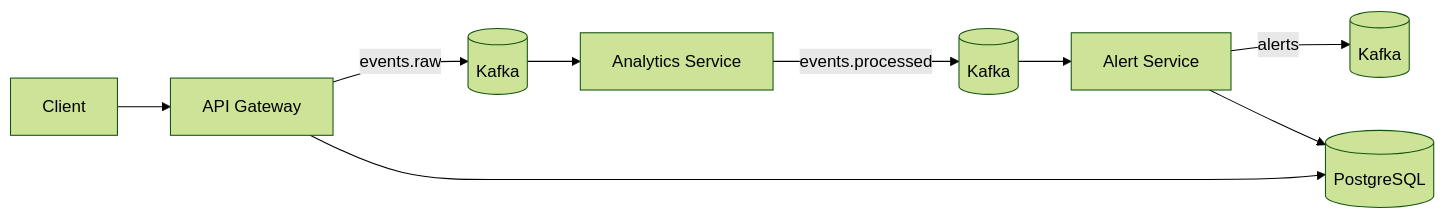
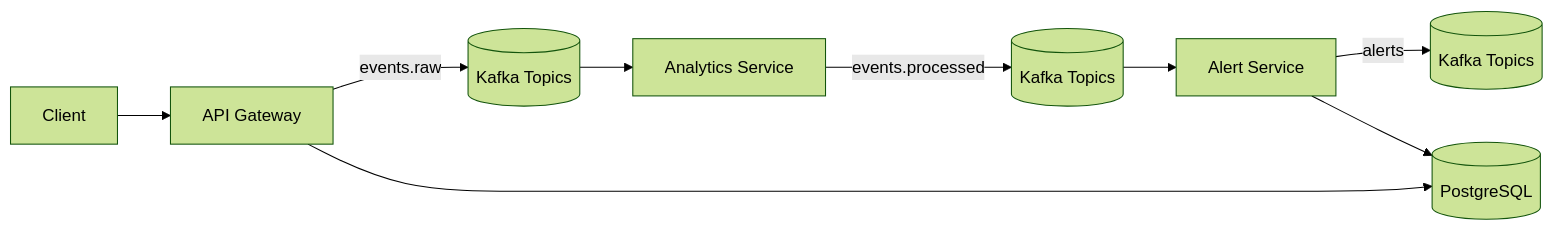
One commit to khushichauhan05/eventpulse changed the diagram in README.md. Above: the diagram before and after it, drawn with Mermaid (forest theme). The commit also changed other lines of this file and 1 other file, not shown here.

````diff
--- a/README.md
+++ b/README.md
@@ -11,11 +97,11 @@
 ```mermaid
 flowchart LR
     Client[Client] --> GW[API Gateway]
-    GW -->|events.raw| K1[(Kafka)]
-    K1 --> AN[Analytics Service]
-    AN -->|events.processed| K2[(Kafka)]
-    K2 --> AL[Alert Service]
-    AL -->|alerts| K3[(Kafka)]
+    GW -->|events.raw| KT1[(Kafka Topics)]
+    KT1 --> AN[Analytics Service]
+    AN -->|events.processed| KT2[(Kafka Topics)]
+    KT2 --> AL[Alert Service]
+    AL -->|alerts| KT3[(Kafka Topics)]
     AL --> PG[(PostgreSQL)]
     GW --> PG
 ```
````
